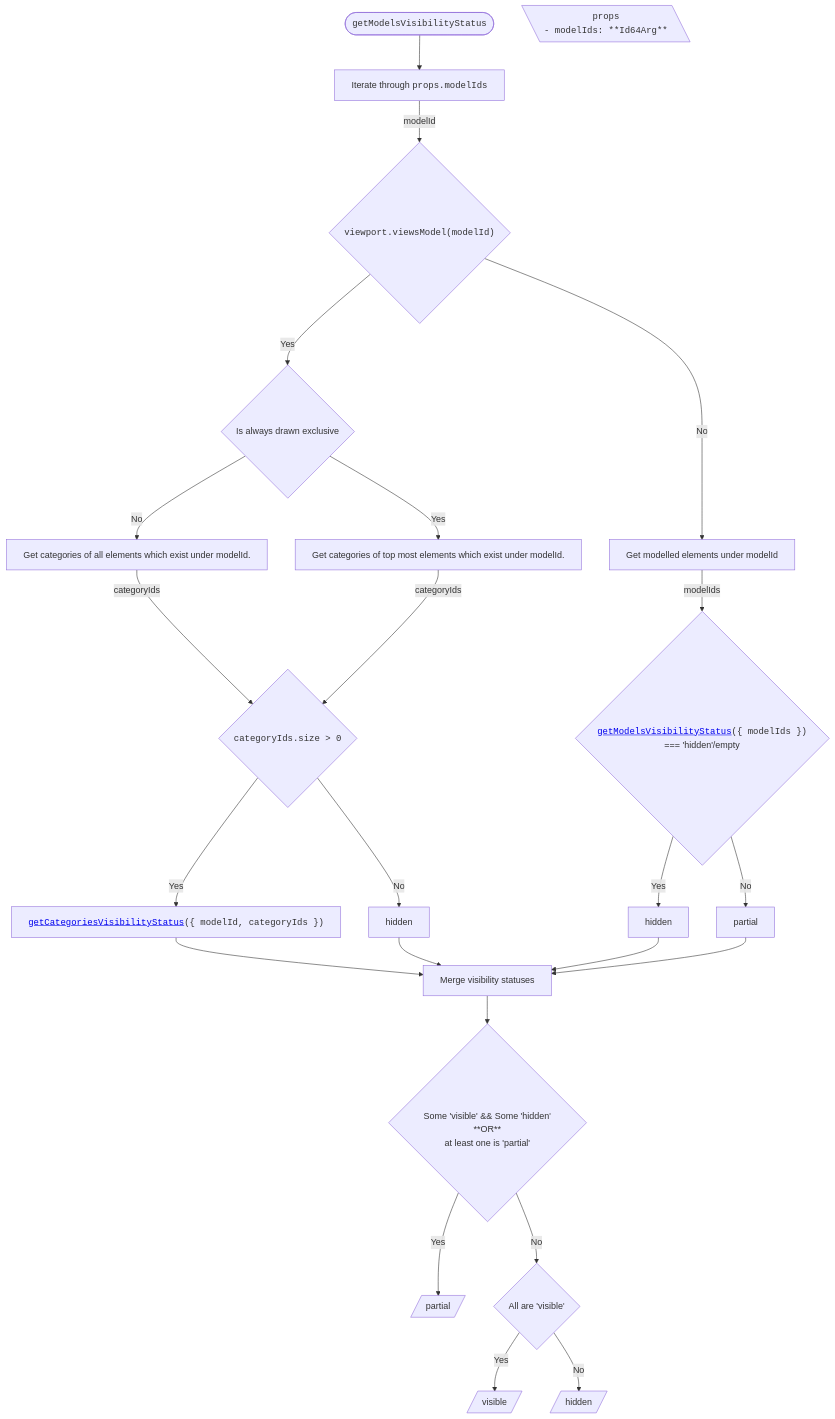
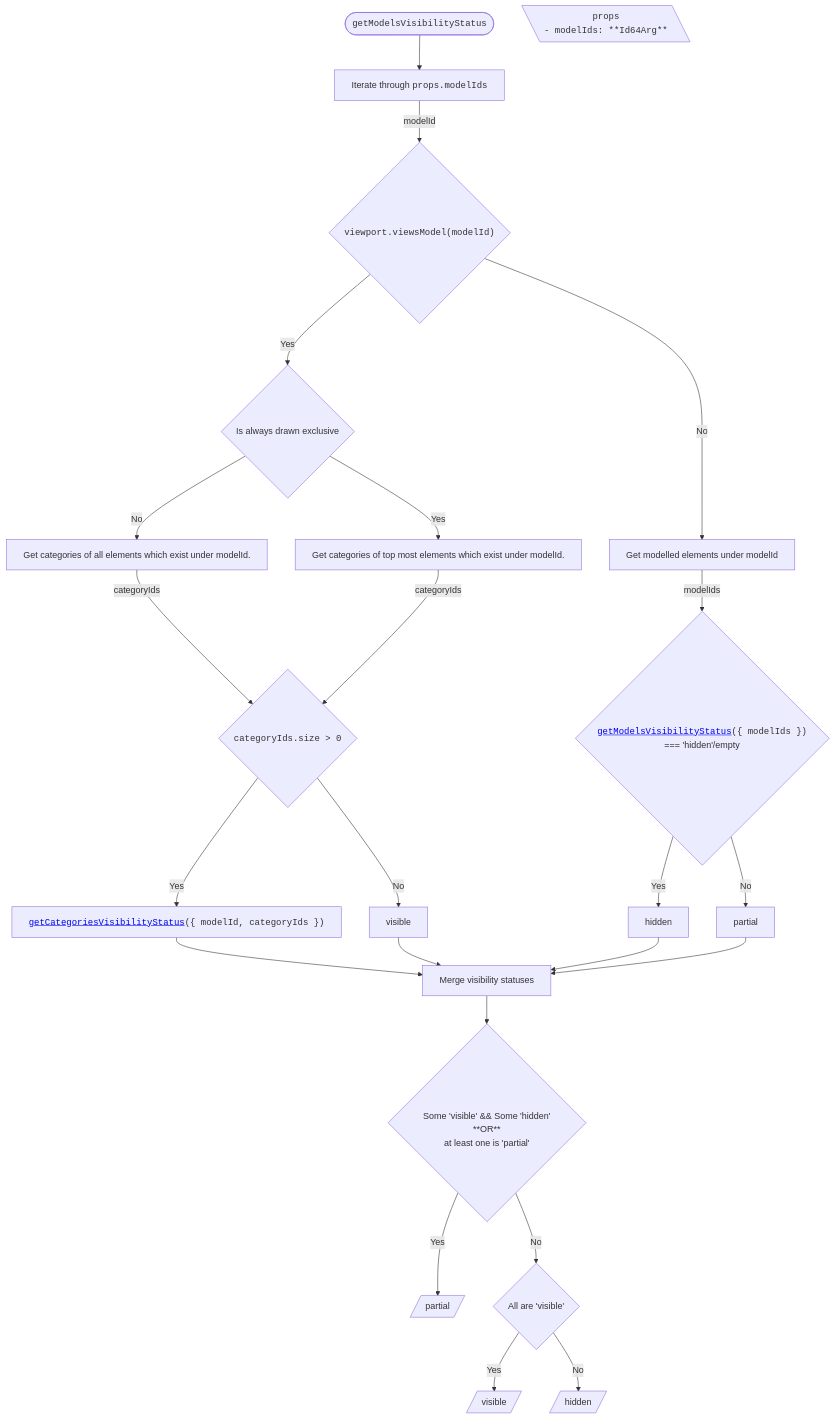
Before and after one commit to iTwin/viewer-components-react: the second of 6 diagrams in packages/itwin/tree-widget/docs/SharedVisibilityHandling.md, drawn with Mermaid.

Commit message:
Change hidden -> visible

````diff
--- a/packages/itwin/tree-widget/docs/SharedVisibilityHandling.md
+++ b/packages/itwin/tree-widget/docs/SharedVisibilityHandling.md
@@ -75,53 +75,53 @@
 ```mermaid
 ---
 config:
   flowchart:
     wrappingWidth: 750
     useMaxWidth: false
 ---
 
 flowchart TD
   RESULT_Partial[/partial/]
   RESULT_Visible[/visible/]
   RESULT_Hidden[/hidden/]
 
   %% Start
   TITLE(["<code>getModelsVisibilityStatus</code>"]) --> A[Iterate through <code>props.modelIds</code>]
 
   PROPS[\"
     <code>props</code>
     <code style='text-align: left;'>- modelIds: **Id64Arg**</code>
   "\]
 
   A -- modelId --> B{"<code>viewport.viewsModel(modelId)</code>"}
 
   %% Branch Yes
   B -- Yes --> C1{Is always drawn exclusive}
   C1 -- No --> C11[Get categories of all elements which exist under modelId.]
   C1 -- Yes --> C12[Get categories of top most elements which exist under modelId.]
   C11 -- categoryIds --> D0{<code>categoryIds.size > 0<code/>}
   C12 -- categoryIds --> D0
     D0 -- Yes --> D1["<code><a href='#getcategoriesvisibilitystatus'>getCategoriesVisibilityStatus</a>({ modelId, categoryIds })</code>"]
-    D0 -- No --> E1[hidden]
+    D0 -- No --> E1[visible]
 
   %% Branch No
   B -- No --> C2[Get modelled elements under modelId]
   C2 -- modelIds --> D2{"<code><a href='#getmodelsvisibilitystatus'>getModelsVisibilityStatus</a>({ modelIds })</code> <br/> === 'hidden'/empty"}
     D2 -- Yes --> E2[hidden]
     D2 -- No --> E3[partial]
 
   %% Merge
   D1 --> M[Merge visibility statuses]
   E1 --> M
   E2 --> M
   E3 --> M
 
   M --> N{<br/> Some 'visible' && Some 'hidden' <br/> **OR** <br/> at least one is 'partial'}
 
   N -- Yes --> RESULT_Partial
 
   N -- No --> O{All are 'visible'}
 
   O -- Yes --> RESULT_Visible
   O -- No --> RESULT_Hidden
 ```
````
